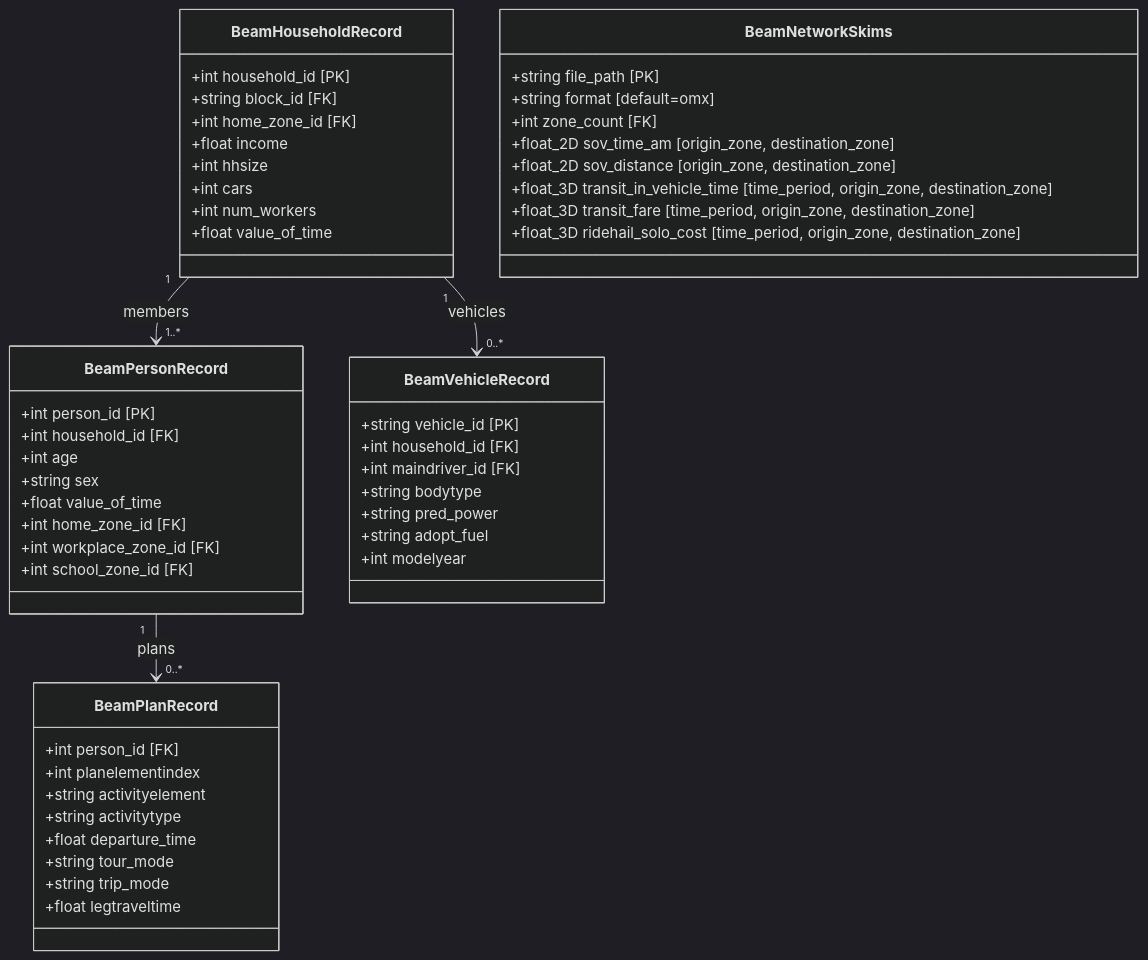
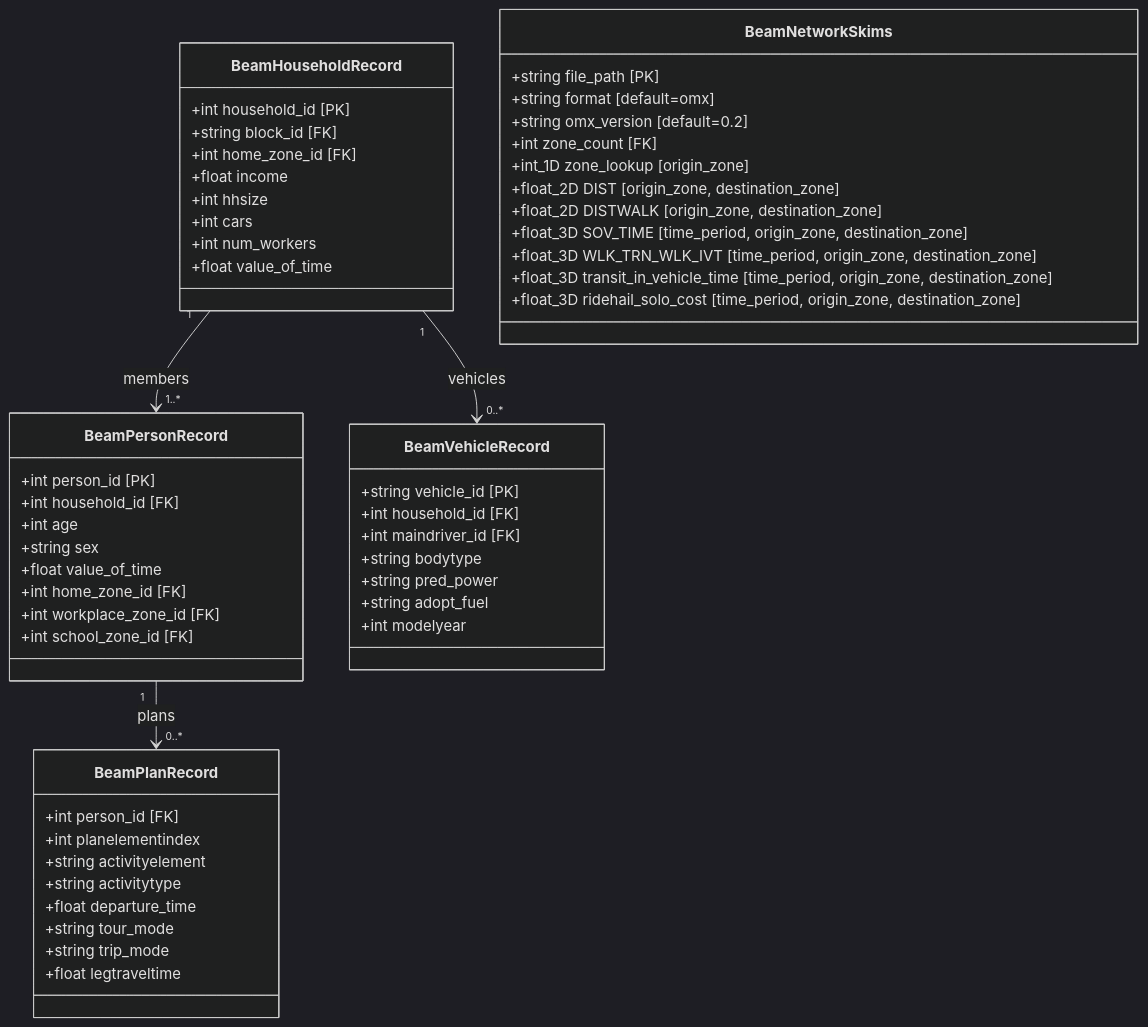
One commit to LBNL-UCB-STI/synergy-schema changed the ninth of 10 diagrams in docs/cross-model-mappings/deliverable_1_uml.md. Above: the diagram before and after it, drawn with Mermaid (dark theme). The commit also changed other lines of this file and 15 other files, not shown here.

````diff
--- a/docs/cross-model-mappings/deliverable_1_uml.md
+++ b/docs/cross-model-mappings/deliverable_1_uml.md
@@ -532,60 +544,63 @@
 ```mermaid
 classDiagram
     class BeamHouseholdRecord {
         +int household_id [PK]
         +string block_id [FK]
         +int home_zone_id [FK]
         +float income
         +int hhsize
         +int cars
         +int num_workers
         +float value_of_time
     }
     class BeamPersonRecord {
         +int person_id [PK]
         +int household_id [FK]
         +int age
         +string sex
         +float value_of_time
         +int home_zone_id [FK]
         +int workplace_zone_id [FK]
         +int school_zone_id [FK]
     }
     class BeamVehicleRecord {
         +string vehicle_id [PK]
         +int household_id [FK]
         +int maindriver_id [FK]
         +string bodytype
         +string pred_power
         +string adopt_fuel
         +int modelyear
     }
     class BeamPlanRecord {
         +int person_id [FK]
         +int planelementindex
         +string activityelement
         +string activitytype
         +float departure_time
         +string tour_mode
         +string trip_mode
         +float legtraveltime
     }
     class BeamNetworkSkims {
         +string file_path [PK]
         +string format [default=omx]
+        +string omx_version [default=0.2]
         +int zone_count [FK]
-        +float_2D sov_time_am [origin_zone, destination_zone]
-        +float_2D sov_distance [origin_zone, destination_zone]
+        +int_1D zone_lookup [origin_zone]
+        +float_2D DIST [origin_zone, destination_zone]
+        +float_2D DISTWALK [origin_zone, destination_zone]
+        +float_3D SOV_TIME [time_period, origin_zone, destination_zone]
+        +float_3D WLK_TRN_WLK_IVT [time_period, origin_zone, destination_zone]
         +float_3D transit_in_vehicle_time [time_period, origin_zone, destination_zone]
-        +float_3D transit_fare [time_period, origin_zone, destination_zone]
         +float_3D ridehail_solo_cost [time_period, origin_zone, destination_zone]
     }
     BeamHouseholdRecord "1" --> "1..*" BeamPersonRecord : members
     BeamHouseholdRecord "1" --> "0..*" BeamVehicleRecord : vehicles
     BeamPersonRecord "1" --> "0..*" BeamPlanRecord : plans
     link BeamHouseholdRecord "../schema/BeamHouseholdRecord/" "View BeamHouseholdRecord LinkML documentation"
     link BeamPersonRecord "../schema/BeamPersonRecord/" "View BeamPersonRecord LinkML documentation"
     link BeamVehicleRecord "../schema/BeamVehicleRecord/" "View BeamVehicleRecord LinkML documentation"
     link BeamPlanRecord "../schema/BeamPlanRecord/" "View BeamPlanRecord LinkML documentation"
     link BeamNetworkSkims "../schema/BeamNetworkSkims/" "View BeamNetworkSkims LinkML documentation"
 ```
````
